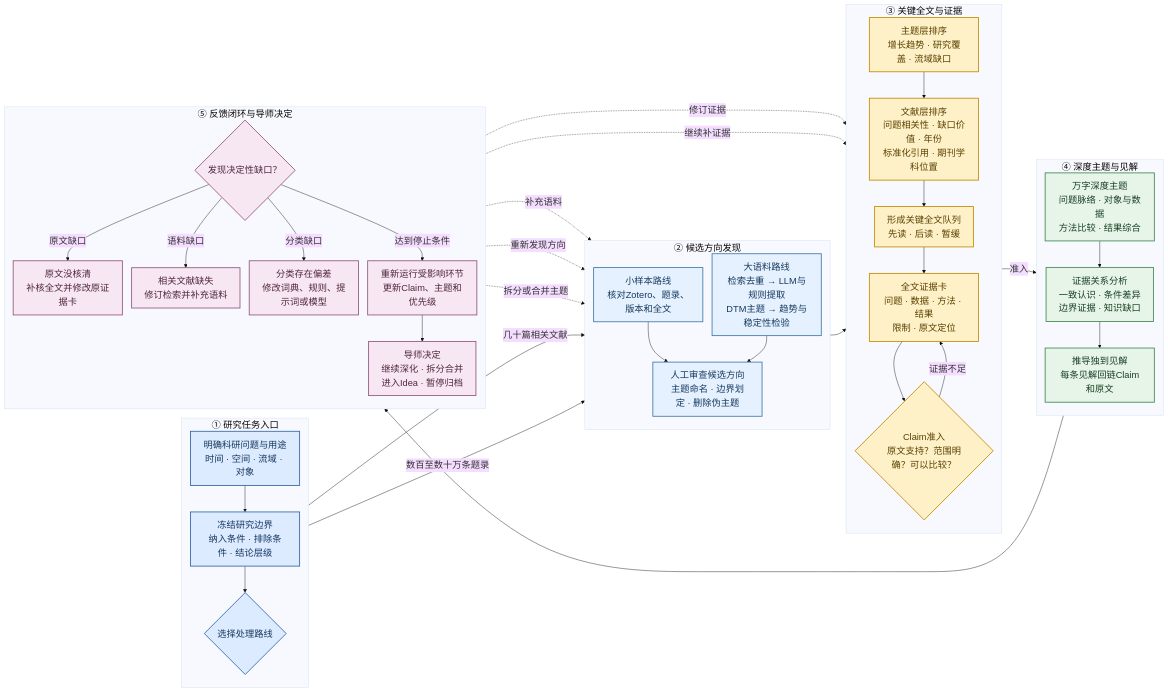
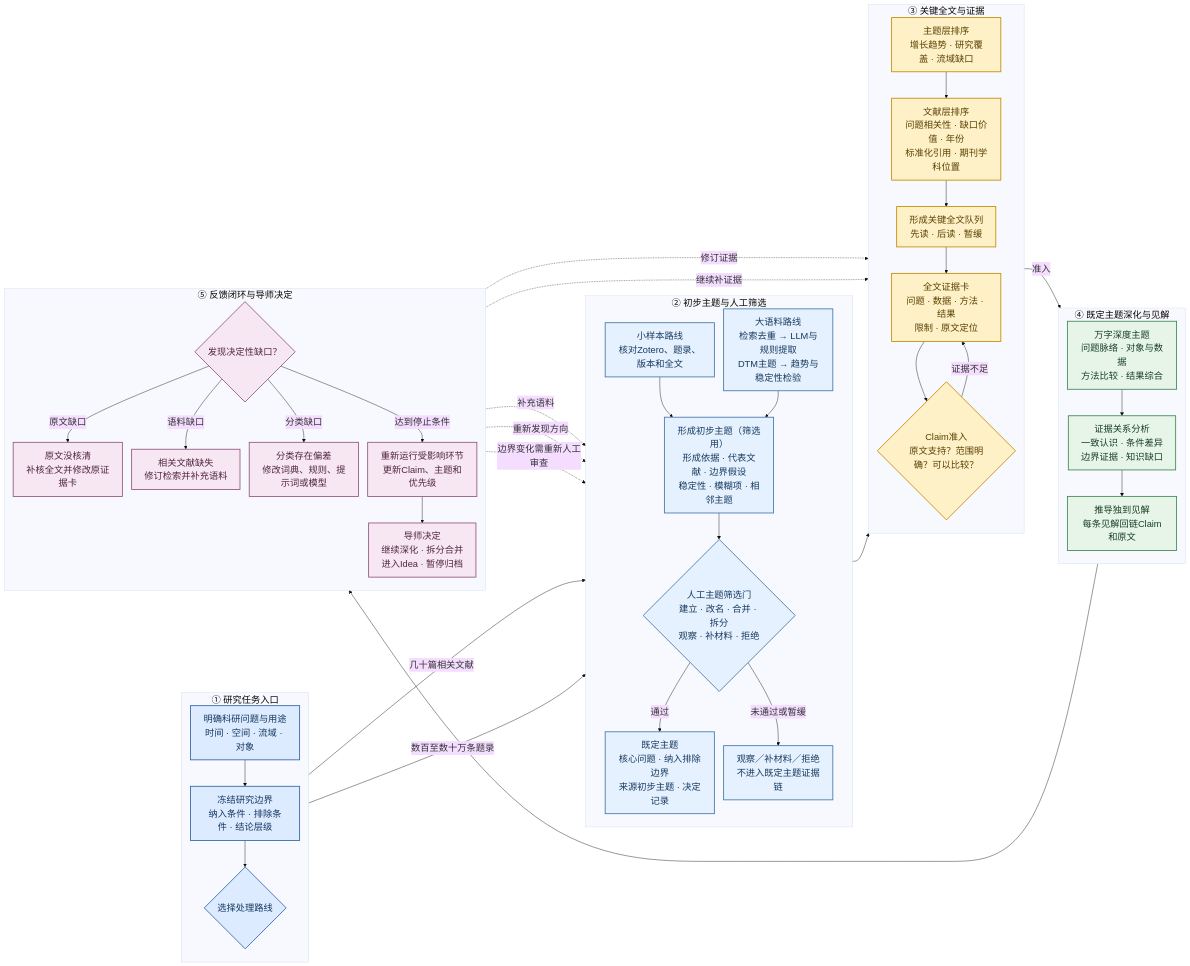
One commit to wangxinyu20429-dotcom/Water-Conservancy-Intelligent-Platform changed the diagram in docs/主题规范/03_AI辅助水利文献发现到深度主题形成工作流_讨论稿.md. Above: the diagram before and after it, drawn with Mermaid. The commit also changed other lines of this file and 17 other files, not shown here.

```diff
--- a/docs/主题规范/03_AI辅助水利文献发现到深度主题形成工作流_讨论稿.md
+++ b/docs/主题规范/03_AI辅助水利文献发现到深度主题形成工作流_讨论稿.md
@@ -73,13 +75,19 @@
         A --> B --> C
     end
 
-    subgraph STAGE2["② 候选方向发现"]
+    subgraph STAGE2["② 初步主题与人工筛选"]
         direction TB
         S["小样本路线<br/>核对Zotero、题录、版本和全文"]
         L["大语料路线<br/>检索去重 → LLM与规则提取<br/>DTM主题 → 趋势与稳定性检验"]
-        M["人工审查候选方向<br/>主题命名 · 边界划定 · 删除伪主题"]
-        S --> M
-        L --> M
+        PT["形成初步主题（筛选用）<br/>形成依据 · 代表文献 · 边界假设<br/>稳定性 · 模糊项 · 相邻主题"]
+        H{"人工主题筛选门<br/>建立 · 改名 · 合并 · 拆分<br/>观察 · 补材料 · 拒绝"}
+        ET["既定主题<br/>核心问题 · 纳入排除边界<br/>来源初步主题 · 决定记录"]
+        W["观察／补材料／拒绝<br/>不进入既定主题证据链"]
+        S --> PT
+        L --> PT
+        PT --> H
+        H -->|通过| ET
+        H -->|未通过或暂缓| W
     end
 
     C -->|"几十篇相关文献"| S
@@ -95,9 +103,9 @@
         P1 --> P2 --> P3 --> E --> G
     end
 
-    M --> P1
+    ET --> P1
 
-    subgraph STAGE4["④ 深度主题与见解"]
+    subgraph STAGE4["④ 既定主题深化与见解"]
         direction TB
         T1["万字深度主题<br/>问题脉络 · 对象与数据<br/>方法比较 · 结果综合"]
         T2["证据关系分析<br/>一致认识 · 条件差异<br/>边界证据 · 知识缺口"]
@@ -129,7 +137,7 @@
     F2 -.补充语料.-> L
     F3 -.重新发现方向.-> L
     D -.继续补证据.-> P3
-    D -.拆分或合并主题.-> M
+    D -.边界变化需重新人工审查.-> H
 
     classDef entry fill:#DCEBFF,stroke:#2F65A7,stroke-width:2px,color:#15375F;
     classDef discovery fill:#E5F1FF,stroke:#4277A9,stroke-width:2px,color:#173A5E;
@@ -138,7 +146,7 @@
     classDef feedback fill:#F7E7F2,stroke:#92557F,stroke-width:2px,color:#512640;
 
     class A,B,C entry;
-    class S,L,M discovery;
+    class S,L,PT,H,ET,W discovery;
     class P1,P2,P3,E,G evidence;
     class T1,T2,I synthesis;
     class F,F1,F2,F3,R,D feedback;
```
